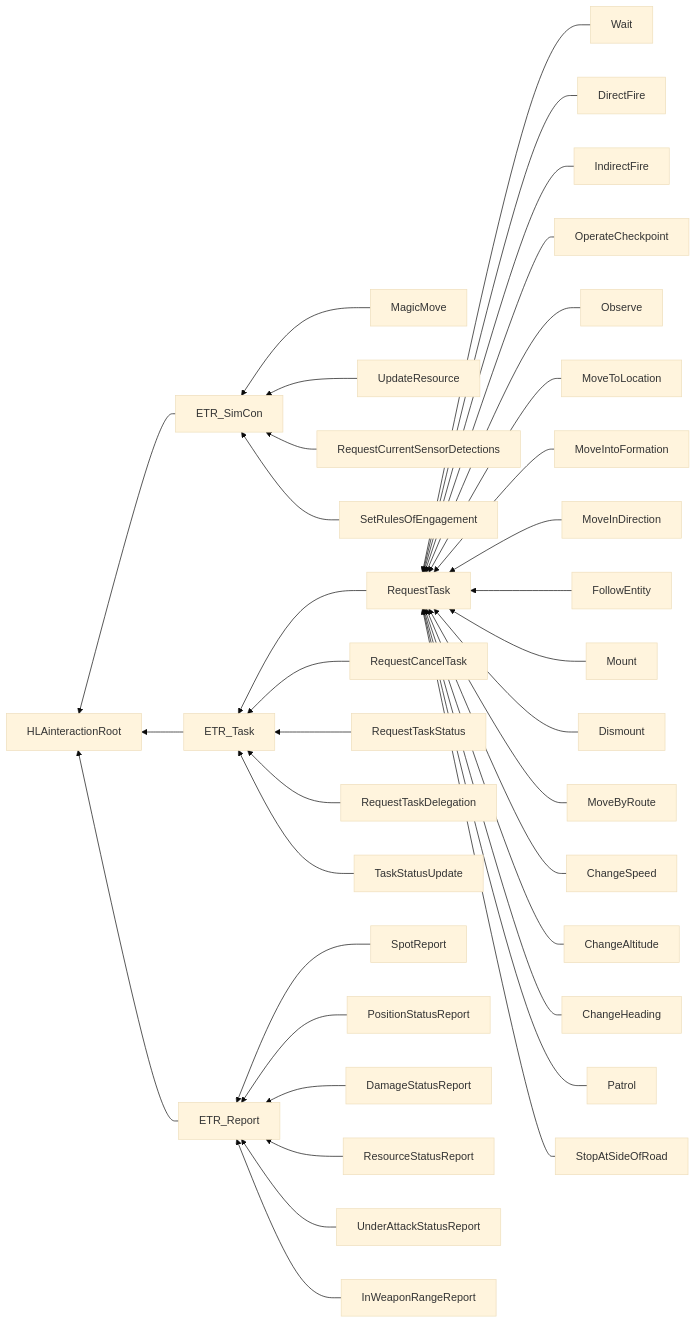
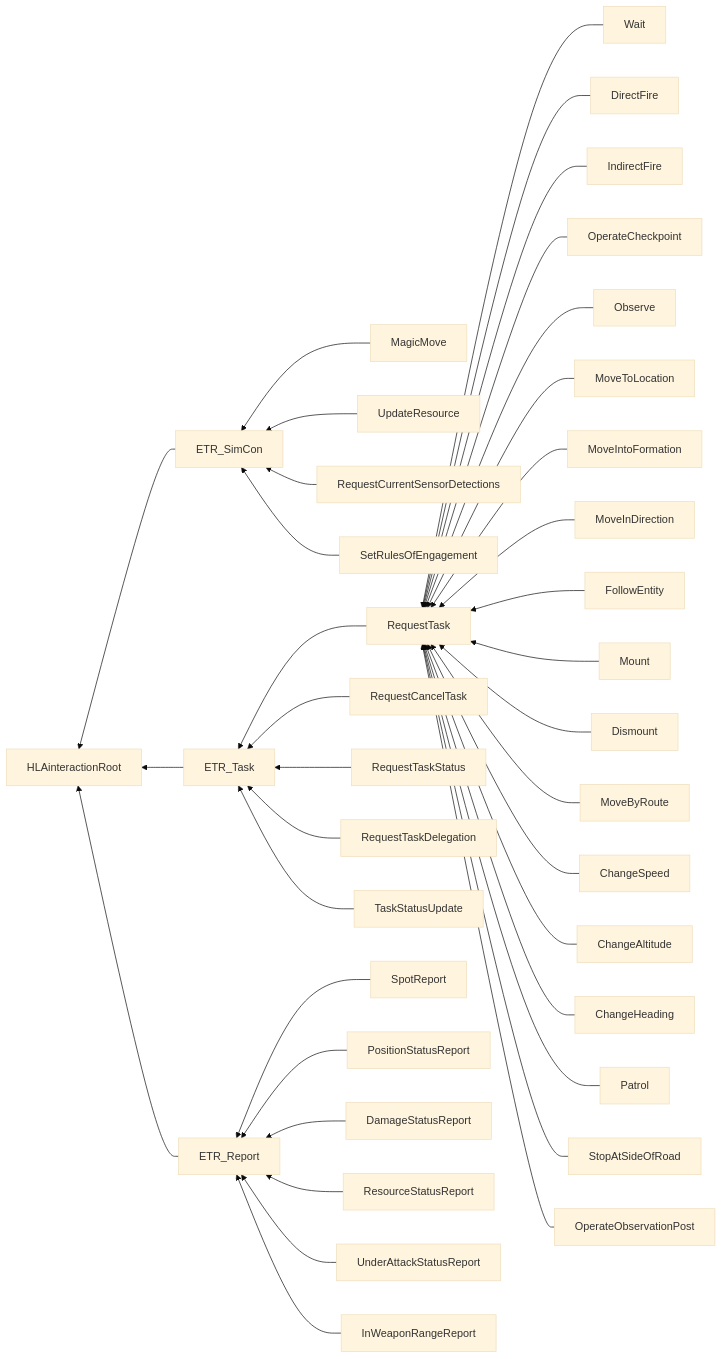
One commit to AMSP-04/NETN-ETR changed the third of 3 diagrams in NETN-ETR.md. Above: the diagram before and after it, drawn with Mermaid (base theme). The commit also changed other lines of this file and 1 other file, not shown here.

Commit message:
NEW: Added OperateObservationPost task.

````diff
--- a/NETN-ETR.md
+++ b/NETN-ETR.md
@@ -128,38 +128,39 @@
 ```mermaid
 graph RL
 ETR_SimCon-->HLAinteractionRoot
 ETR_Task-->HLAinteractionRoot
 ETR_Report-->HLAinteractionRoot
 MagicMove-->ETR_SimCon
 UpdateResource-->ETR_SimCon
 RequestCurrentSensorDetections-->ETR_SimCon
 SetRulesOfEngagement-->ETR_SimCon
 RequestTask-->ETR_Task
 RequestCancelTask-->ETR_Task
 RequestTaskStatus-->ETR_Task
 RequestTaskDelegation-->ETR_Task
 TaskStatusUpdate-->ETR_Task
 Wait-->RequestTask
 DirectFire-->RequestTask
 IndirectFire-->RequestTask
 OperateCheckpoint-->RequestTask
 Observe-->RequestTask
 MoveToLocation-->RequestTask
 MoveIntoFormation-->RequestTask
 MoveInDirection-->RequestTask
 FollowEntity-->RequestTask
 Mount-->RequestTask
 Dismount-->RequestTask
 MoveByRoute-->RequestTask
 ChangeSpeed-->RequestTask
 ChangeAltitude-->RequestTask
 ChangeHeading-->RequestTask
 Patrol-->RequestTask
 StopAtSideOfRoad-->RequestTask
+OperateObservationPost-->RequestTask
 SpotReport-->ETR_Report
 PositionStatusReport-->ETR_Report
 DamageStatusReport-->ETR_Report
 ResourceStatusReport-->ETR_Report
 UnderAttackStatusReport-->ETR_Report
 InWeaponRangeReport-->ETR_Report
 ```
````
